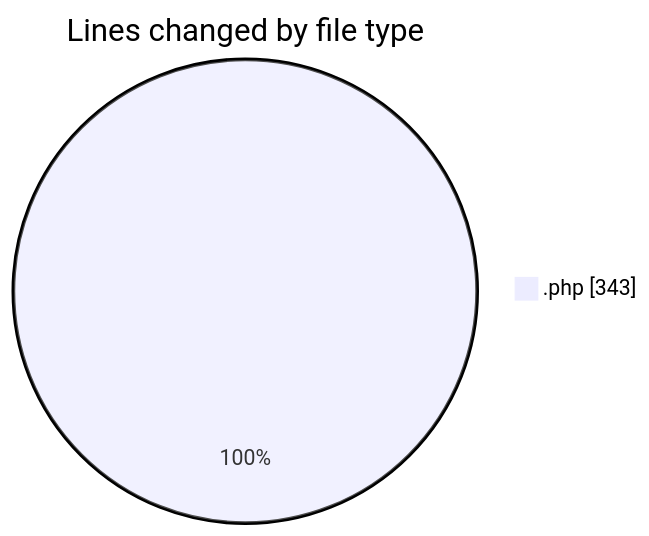
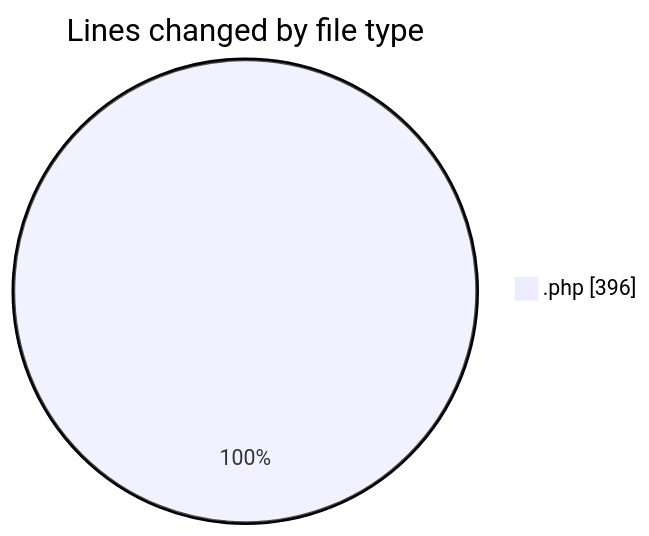
One commit to LanceThiago/code-tracking changed the first of 2 diagrams in 2025-02-17/totem/README.md. Above: the diagram before and after it, drawn with Mermaid. The commit also changed other lines of this file and 1 other file, not shown here.

````diff
--- a/2025-02-17/totem/README.md
+++ b/2025-02-17/totem/README.md
@@ -22,5 +23,5 @@
 ```mermaid
 pie showData
 title Lines changed by file type
-".php" : 343
+".php" : 396
 ```
````
